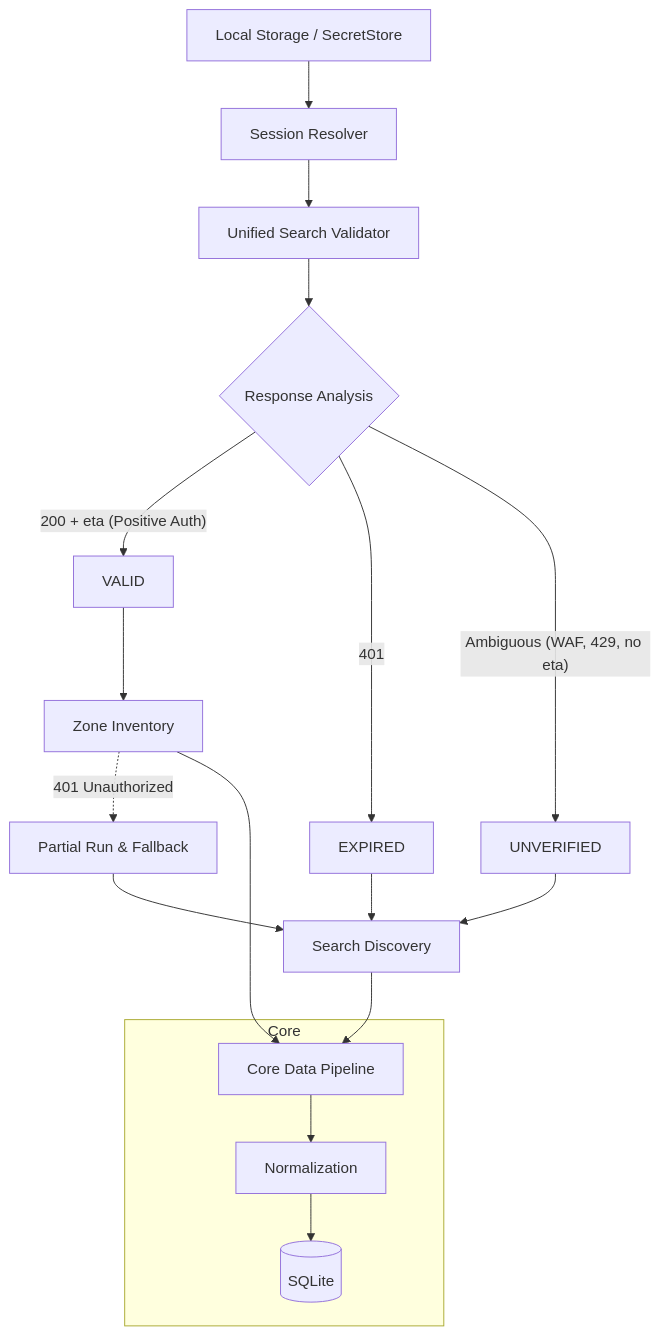
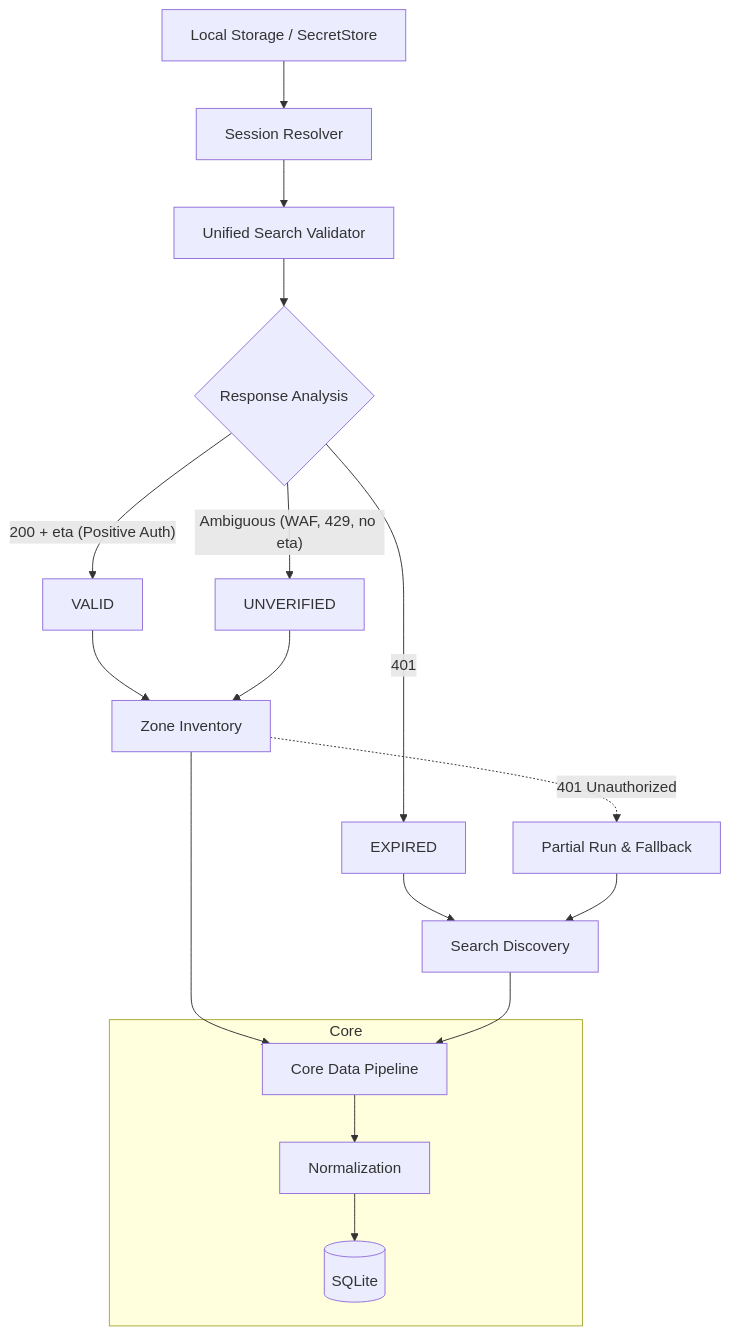
One commit to yorologo/DealHunter changed the third of 3 diagrams in docs/architecture.md. Above: the diagram before and after it, drawn with Mermaid. The commit also changed other lines of this file and 117 other files, not shown here.

Commit message:
docs(ops): simplify documentation and setup flow

````diff
--- a/docs/architecture.md
+++ b/docs/architecture.md
@@ -72,25 +71,25 @@
 ```mermaid
 flowchart TD
     CONFIG[Local Storage / SecretStore] --> RESOLVER
     RESOLVER[Session Resolver] --> UNIFIED[Unified Search Validator]
     
     UNIFIED --> EVAL{Response Analysis}
     EVAL -- "200 + eta (Positive Auth)" --> VALID[VALID]
     EVAL -- "401" --> EXPIRED[EXPIRED]
     EVAL -- "Ambiguous (WAF, 429, no eta)" --> UNVERIFIED[UNVERIFIED]
     
     VALID --> ZONE[Zone Inventory]
+    UNVERIFIED --> ZONE
     EXPIRED --> SEARCH[Search Discovery]
-    UNVERIFIED --> SEARCH
     
     ZONE -.->|401 Unauthorized| FALLBACK[Partial Run & Fallback]
     FALLBACK --> SEARCH
 
     ZONE --> CORE[Core Data Pipeline]
     SEARCH --> CORE
 
     subgraph Core
     CORE --> NORM[Normalization]
     NORM --> DB[(SQLite)]
     end
 ```
````
